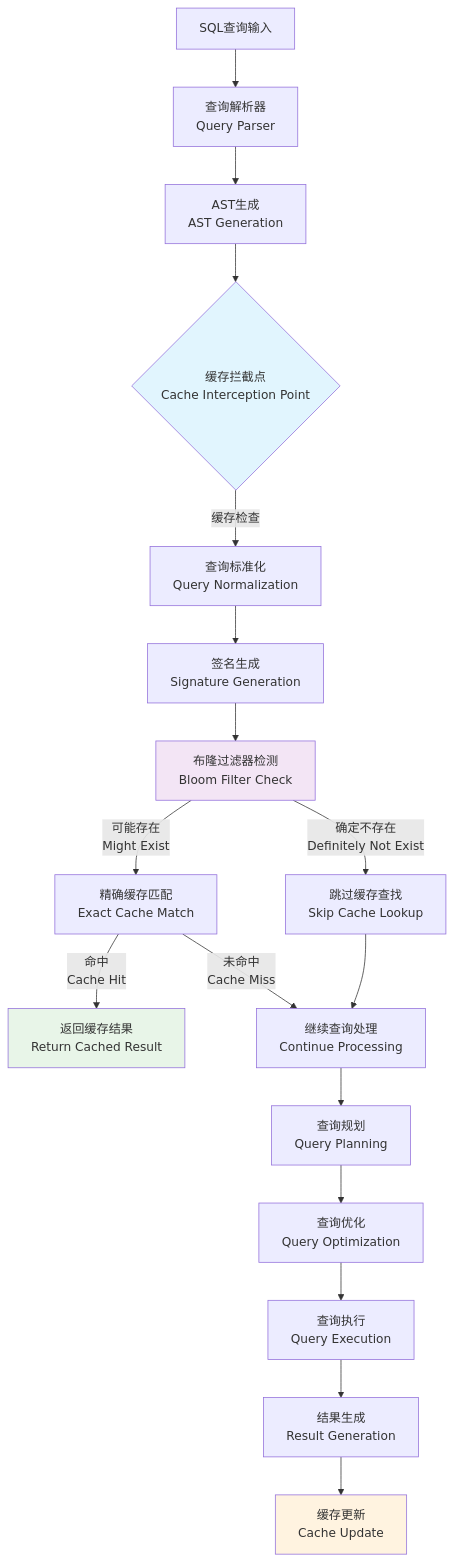
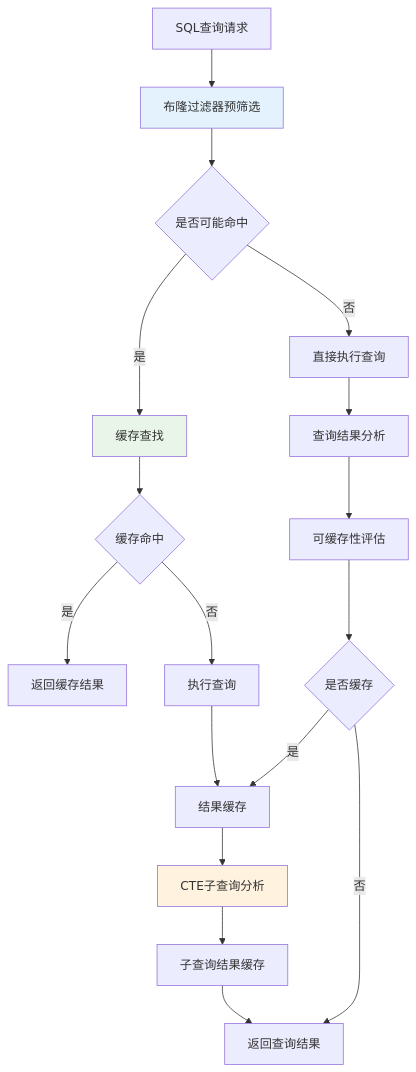
The diagram in md/第三章-动态缓存管理.md (crazypenguincode/duckdb), drawn with Mermaid before and after one commit. The commit also changed other lines of this file and 12 other files, not shown here.

````diff
--- a/md/第三章-动态缓存管理.md
+++ b/md/第三章-动态缓存管理.md
@@ -11,28 +15,23 @@
 ```mermaid
 graph TB
-    A[SQL查询输入] --> B[查询解析器<br/>Query Parser]
-    B --> C[AST生成<br/>AST Generation]
-    C --> D{缓存拦截点<br/>Cache Interception Point}
+    A[SQL查询请求] --> B[布隆过滤器预筛选]
+    B --> C{是否可能命中}
+    C -->|否| D[直接执行查询]
+    C -->|是| E[缓存查找]
+    E --> F{缓存命中}
+    F -->|是| G[返回缓存结果]
+    F -->|否| H[执行查询]
+    H --> I[结果缓存]
+    I --> J[CTE子查询分析]
+    J --> K[子查询结果缓存]
+    K --> L[返回查询结果]
+    D --> M[查询结果分析]
+    M --> N[可缓存性评估]
+    N --> O{是否缓存}
+    O -->|是| I
+    O -->|否| L
     
-    D --> |缓存检查| E[查询标准化<br/>Query Normalization]
-    E --> F[签名生成<br/>Signature Generation]
-    F --> G[布隆过滤器检测<br/>Bloom Filter Check]
-    
-    G --> |可能存在<br/>Might Exist| H[精确缓存匹配<br/>Exact Cache Match]
-    G --> |确定不存在<br/>Definitely Not Exist| I[跳过缓存查找<br/>Skip Cache Lookup]
-    
-    H --> |命中<br/>Cache Hit| J[返回缓存结果<br/>Return Cached Result]
-    H --> |未命中<br/>Cache Miss| K[继续查询处理<br/>Continue Processing]
-    I --> K
-    
-    K --> L[查询规划<br/>Query Planning]
-    L --> M[查询优化<br/>Query Optimization]
-    M --> N[查询执行<br/>Query Execution]
-    N --> O[结果生成<br/>Result Generation]
-    O --> P[缓存更新<br/>Cache Update]
-    
-    style D fill:#e1f5fe
-    style G fill:#f3e5f5
-    style J fill:#e8f5e8
-    style P fill:#fff3e0
+    style B fill:#e3f2fd
+    style E fill:#e8f5e8
+    style J fill:#fff3e0
 ```
````
